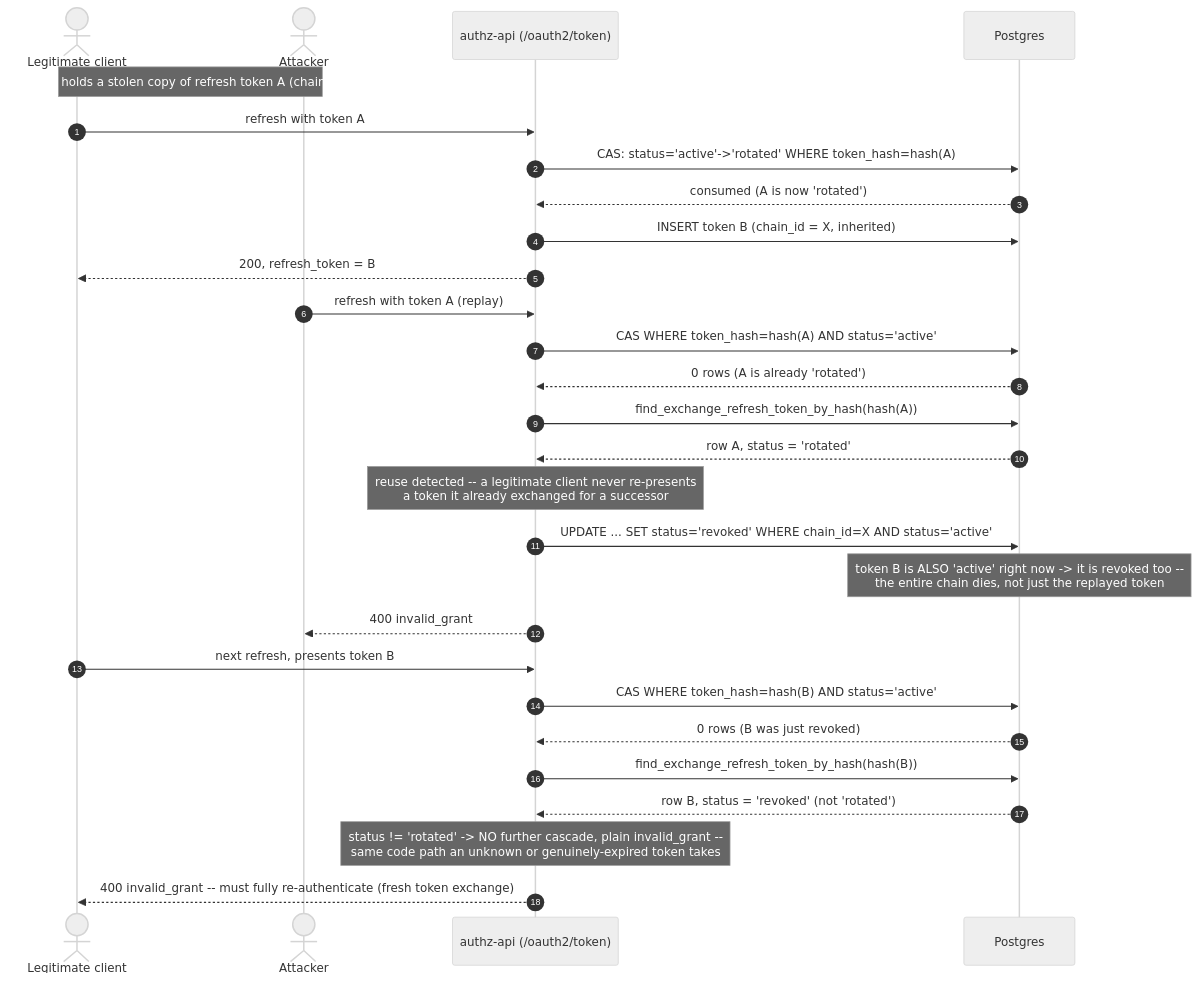
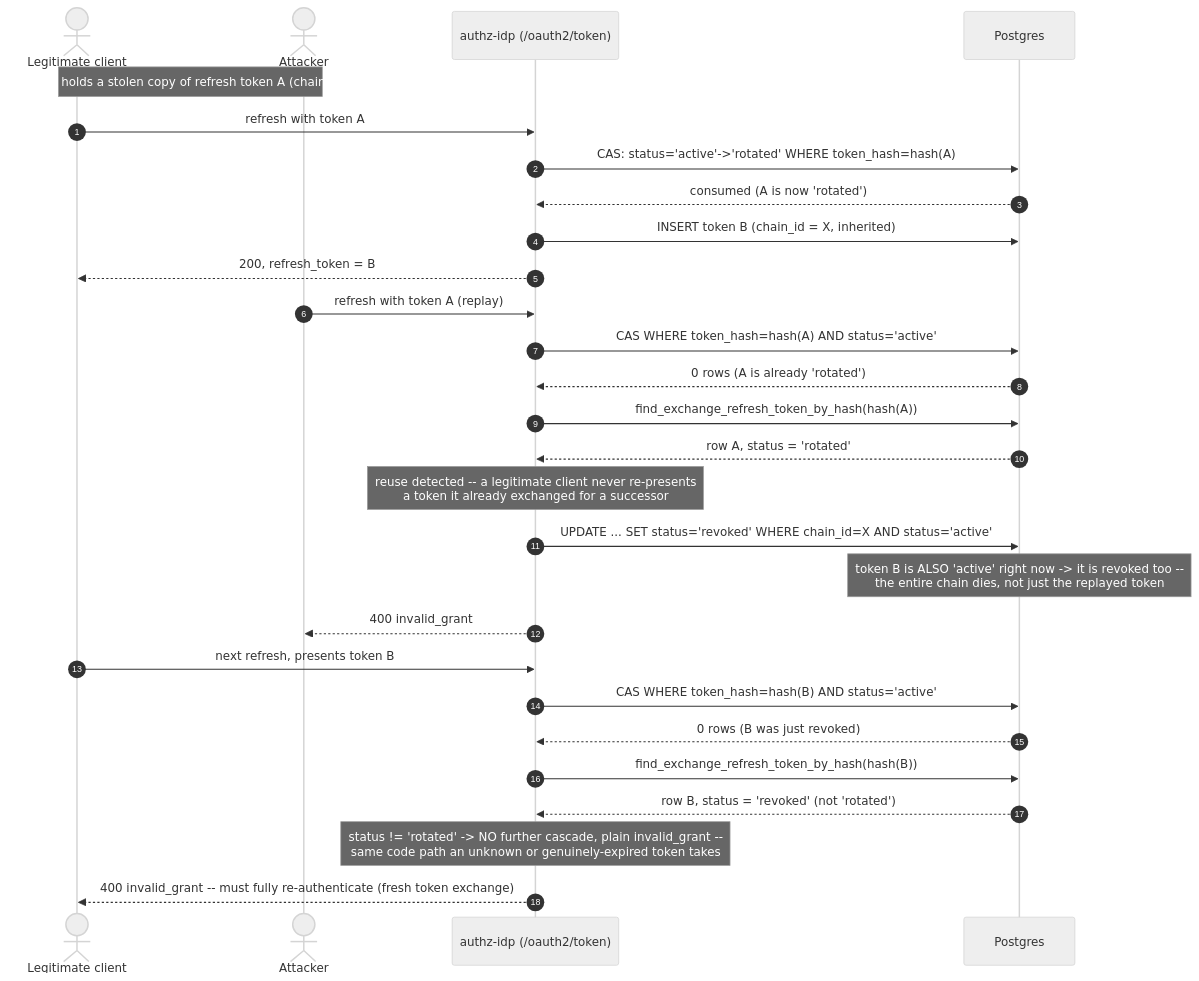
One commit to ADORSYS-GIS/lightbridge-authz changed the fourth of 7 diagrams in docs/architecture/auth-flows.md. Above: the diagram before and after it, drawn with Mermaid (neutral theme). The commit also changed other lines of this file and 5 other files, not shown here.

Commit message:
docs(oauth2): add standards gap and delivery roadmap

````diff
--- a/docs/architecture/auth-flows.md
+++ b/docs/architecture/auth-flows.md
@@ -296,34 +293,34 @@
 ```mermaid
 sequenceDiagram
     autonumber
     actor Legit as Legitimate client
     actor Attacker
-    participant API as authz-api (/oauth2/token)
+    participant API as authz-idp (/oauth2/token)
     participant DB as Postgres
 
     Note over Legit,Attacker: Attacker holds a stolen copy of refresh token A (chain_id = X)
 
     Legit->>API: refresh with token A
     API->>DB: CAS: status='active'->'rotated' WHERE token_hash=hash(A)
     DB-->>API: consumed (A is now 'rotated')
     API->>DB: INSERT token B (chain_id = X, inherited)
     API-->>Legit: 200, refresh_token = B
 
     Attacker->>API: refresh with token A (replay)
     API->>DB: CAS WHERE token_hash=hash(A) AND status='active'
     DB-->>API: 0 rows (A is already 'rotated')
     API->>DB: find_exchange_refresh_token_by_hash(hash(A))
     DB-->>API: row A, status = 'rotated'
     Note over API: reuse detected -- a legitimate client never re-presents<br/>a token it already exchanged for a successor
     API->>DB: UPDATE ... SET status='revoked' WHERE chain_id=X AND status='active'
     Note over DB: token B is ALSO 'active' right now -> it is revoked too --<br/>the entire chain dies, not just the replayed token
     API-->>Attacker: 400 invalid_grant
 
     Legit->>API: next refresh, presents token B
     API->>DB: CAS WHERE token_hash=hash(B) AND status='active'
     DB-->>API: 0 rows (B was just revoked)
     API->>DB: find_exchange_refresh_token_by_hash(hash(B))
     DB-->>API: row B, status = 'revoked' (not 'rotated')
     Note over API: status != 'rotated' -> NO further cascade, plain invalid_grant --<br/>same code path an unknown or genuinely-expired token takes
     API-->>Legit: 400 invalid_grant -- must fully re-authenticate (fresh token exchange)
 ```
````
